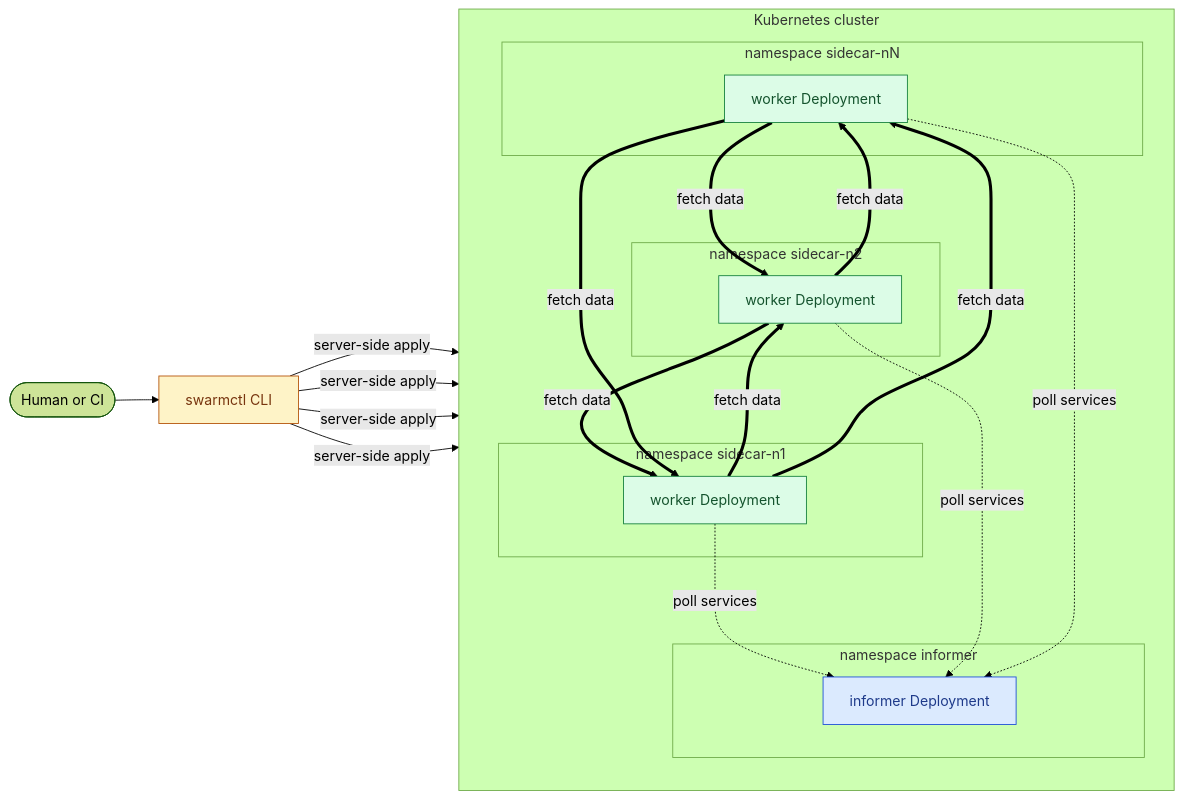
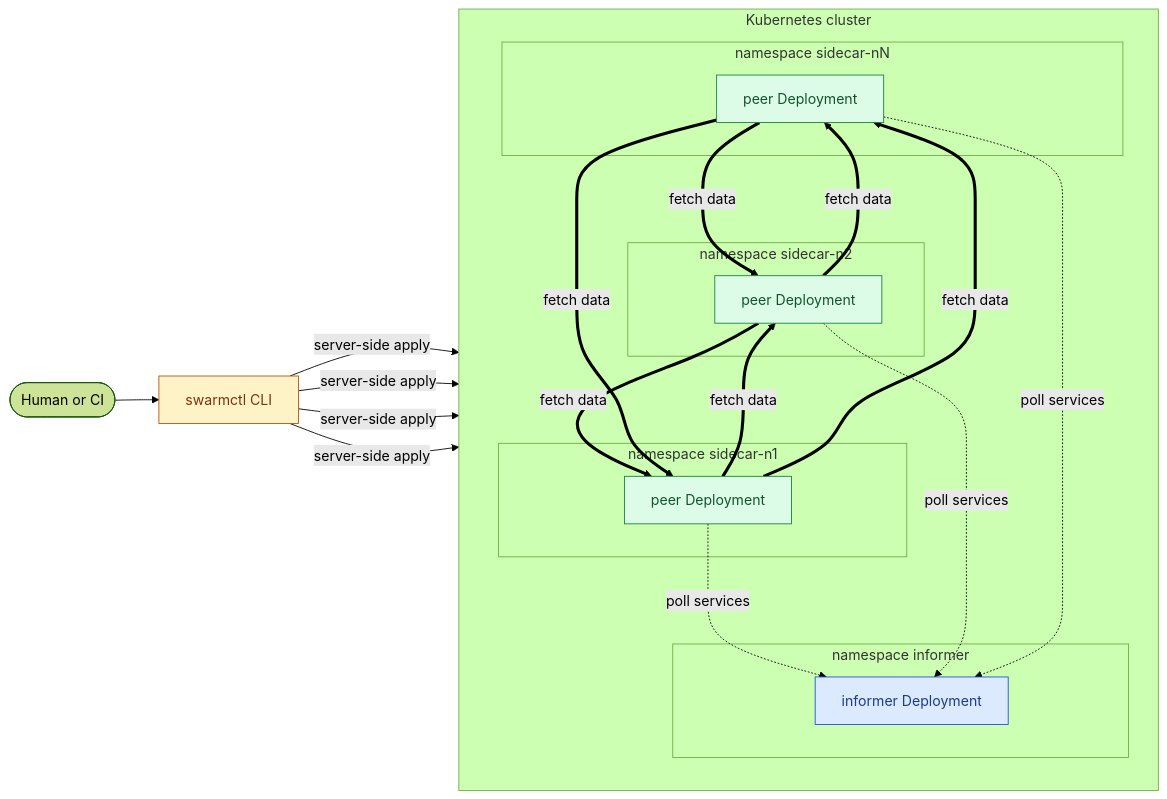
Before and after one commit to h0tbird/k-swarm: the first of 6 diagrams in docs/architecture.md, drawn with Mermaid (forest theme). The commit also changed other lines of this file and 8 other files, not shown here.

First line of the commit message:
Rename worker Kubernetes resources to peer (#128)

````diff
--- a/docs/architecture.md
+++ b/docs/architecture.md
@@ -37,45 +37,45 @@
 ```mermaid
 flowchart LR
     Operator([Human or CI])
     SC[swarmctl CLI]
 
     subgraph Cluster[Kubernetes cluster]
         direction TB
         subgraph NSI[namespace informer]
             Inf[informer Deployment]
         end
         subgraph NS1[namespace sidecar-n1]
-            W1[worker Deployment]
+            W1[peer Deployment]
         end
         subgraph NS2[namespace sidecar-n2]
-            W2[worker Deployment]
+            W2[peer Deployment]
         end
         subgraph NSN[namespace sidecar-nN]
-            WN[worker Deployment]
+            WN[peer Deployment]
         end
     end
 
     Operator --> SC
     SC -->|server-side apply| Inf
     SC -->|server-side apply| W1
     SC -->|server-side apply| W2
     SC -->|server-side apply| WN
 
     W1 -.->|poll services| Inf
     W2 -.->|poll services| Inf
     WN -.->|poll services| Inf
 
     W1 ==>|fetch data| W2
     W2 ==>|fetch data| W1
     W2 ==>|fetch data| WN
     WN ==>|fetch data| W2
     W1 ==>|fetch data| WN
     WN ==>|fetch data| W1
 
     classDef informer fill:#dbeafe,stroke:#1d4ed8,color:#1e3a8a;
     classDef worker fill:#dcfce7,stroke:#15803d,color:#14532d;
     classDef tool fill:#fef3c7,stroke:#b45309,color:#78350f;
     class Inf informer;
     class W1,W2,WN worker;
     class SC tool;
 ```
````
